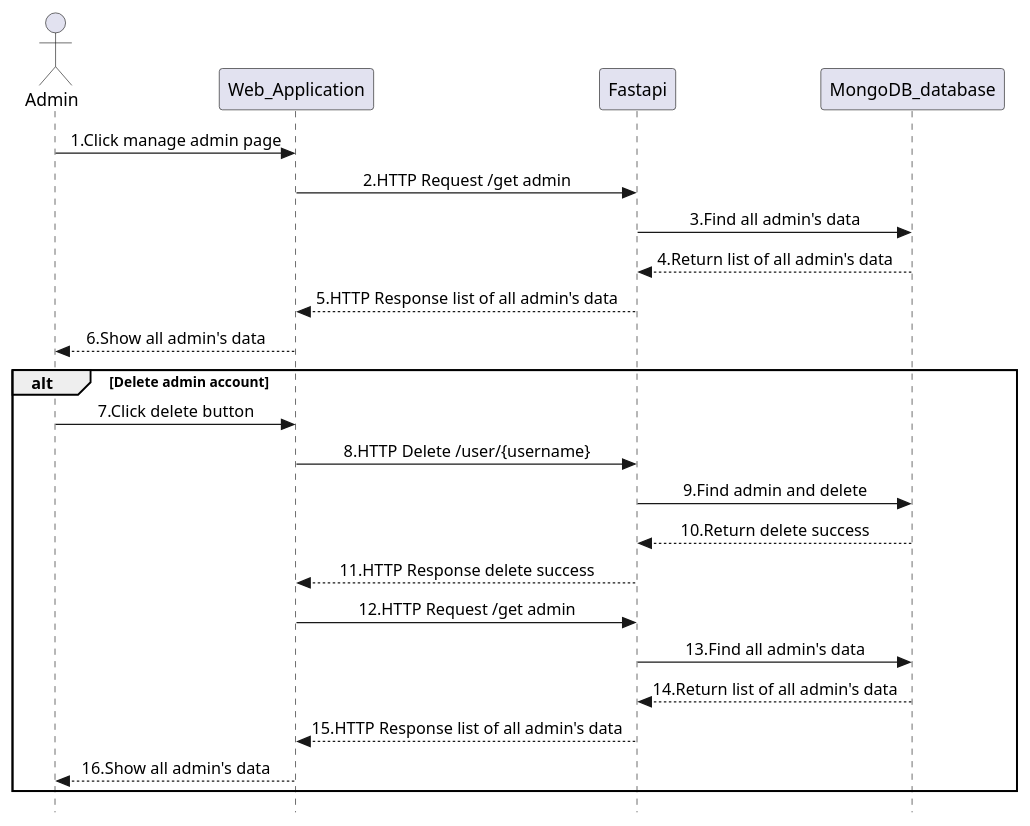
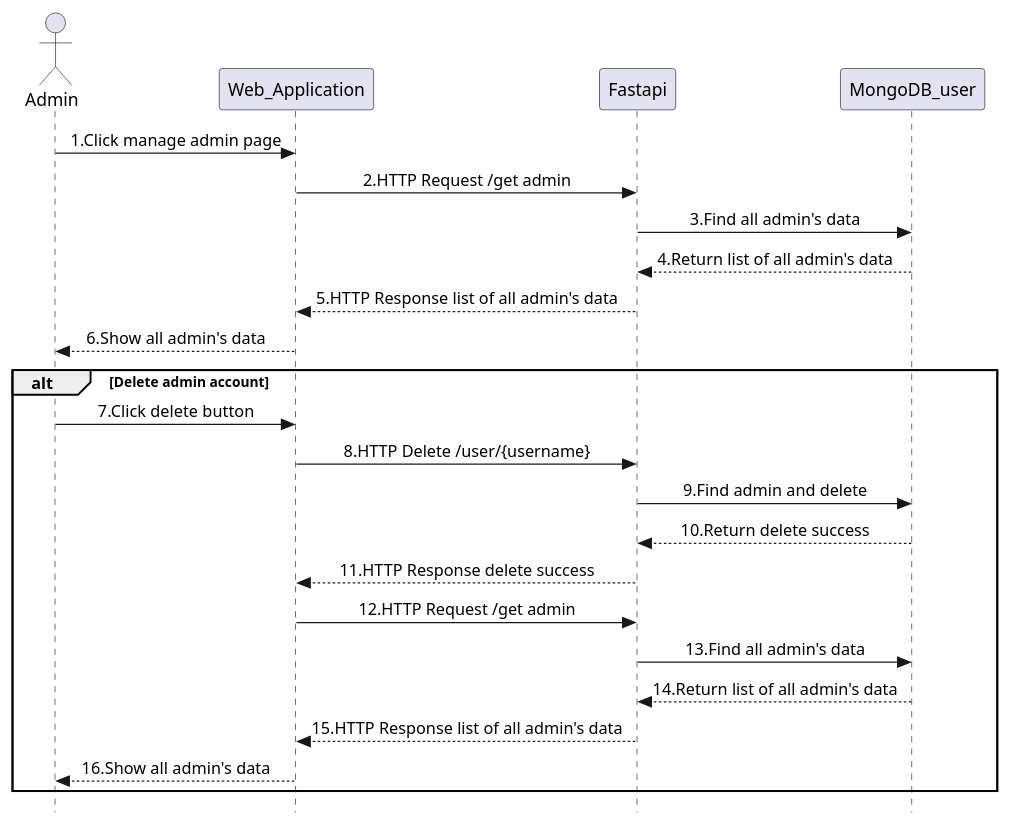
The diagram in Admin_deleteAdmin.plantuml (pasin2545/sequence-diagram), drawn with PlantUML before and after one commit. The commit also changed 19 other files, not shown here.

Commit message:
update DB in sequence diagram

```diff
--- a/Admin_deleteAdmin.plantuml
+++ b/Admin_deleteAdmin.plantuml
@@ -1,26 +1,26 @@
 @startuml Roof_Surface_Admin_deleteAdmin
 skinparam Style strictuml
 skinparam SequenceMessageAlignment center
 actor Admin as admin
 participant Web_Application as web_app
 participant Fastapi as fastapi
-participant MongoDB_database as base
+participant MongoDB_user as user
 admin -> web_app : 1.Click manage admin page
 web_app -> fastapi : 2.HTTP Request /get admin 
-fastapi -> base : 3.Find all admin's data
-base --> fastapi : 4.Return list of all admin's data
+fastapi -> user : 3.Find all admin's data
+user --> fastapi : 4.Return list of all admin's data
 fastapi --> web_app : 5.HTTP Response list of all admin's data
 web_app --> admin : 6.Show all admin's data
 alt Delete admin account
 admin -> web_app : 7.Click delete button 
 web_app -> fastapi : 8.HTTP Delete /user/{username}
-fastapi -> base : 9.Find admin and delete
-base --> fastapi : 10.Return delete success
+fastapi -> user : 9.Find admin and delete
+user --> fastapi : 10.Return delete success
 fastapi --> web_app : 11.HTTP Response delete success
 web_app -> fastapi : 12.HTTP Request /get admin 
-fastapi -> base : 13.Find all admin's data
-base --> fastapi : 14.Return list of all admin's data
+fastapi -> user : 13.Find all admin's data
+user --> fastapi : 14.Return list of all admin's data
 fastapi --> web_app : 15.HTTP Response list of all admin's data
 web_app --> admin : 16.Show all admin's data
 end
 @enduml
```
